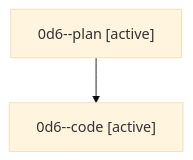
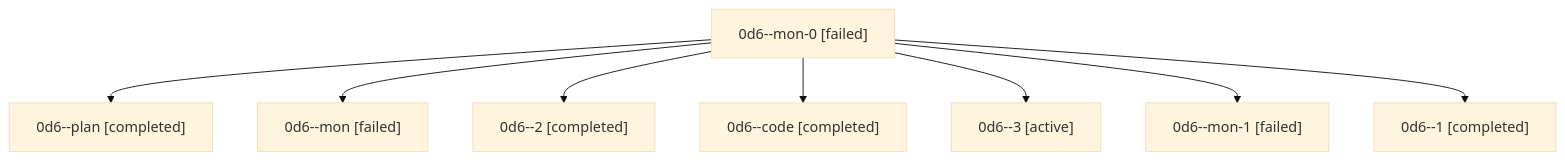
One commit to sase-org/sase--agents changed the diagram in families/bbugyi200.athena.0d6.md. Above: the diagram before and after it, drawn with Mermaid (base theme). The commit also changed other lines of this file and 51 other files, not shown here.

````diff
--- a/families/bbugyi200.athena.0d6.md
+++ b/families/bbugyi200.athena.0d6.md
@@ -9,6 +9,18 @@
 ```mermaid
 flowchart TD
-  n0["0d6--plan [active]"]
-  n1["0d6--code [active]"]
+  n0["0d6--mon-0 [failed]"]
+  n1["0d6--plan [completed]"]
   n0 --> n1
+  n2["0d6--mon [failed]"]
+  n0 --> n2
+  n3["0d6--2 [completed]"]
+  n0 --> n3
+  n4["0d6--code [completed]"]
+  n0 --> n4
+  n5["0d6--3 [active]"]
+  n0 --> n5
+  n6["0d6--mon-1 [failed]"]
+  n0 --> n6
+  n7["0d6--1 [completed]"]
+  n0 --> n7
 ```
````
